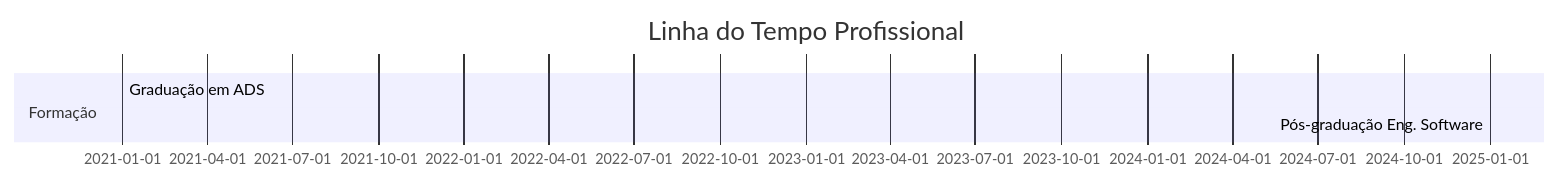
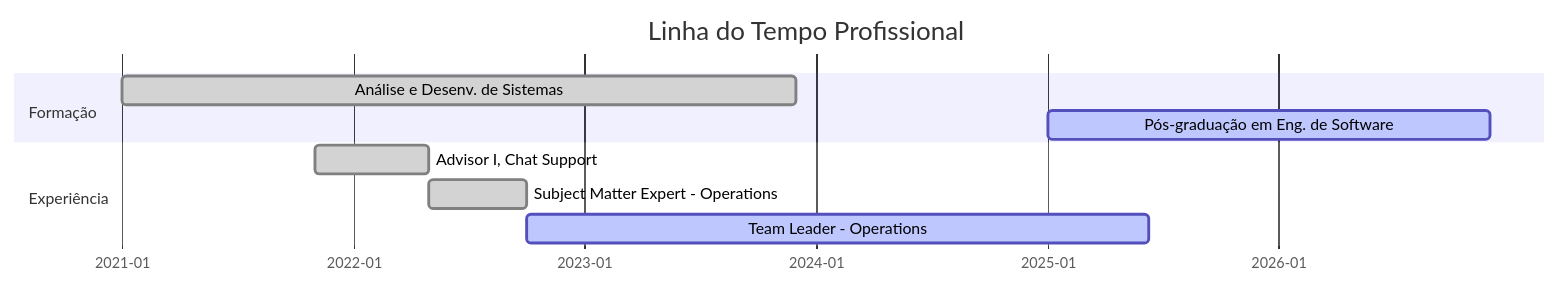
Before and after one commit to boltreskh/boltreskh: the diagram in README.md, drawn with Mermaid. The commit also changed other lines of this file, not shown here.

Commit message:
Updates the "About Me" section to better describe skills and experiences; redesigns the "Education" section with links to certificates; improves the presentation of technologies in a table; adjusted insights charts on GitHub.

````diff
--- a/README.md
+++ b/README.md
@@ -66,7 +56,15 @@
 ```mermaid
 gantt
-title Linha do Tempo Profissional
-section Formação
-Graduação em ADS     :done, 2021-01-01, 2023-12-01
-Pós-graduação Eng. Software :active, 2025-01-01, 2026-12-01
+    title Linha do Tempo Profissional
+    dateFormat  YYYY-MM-DD
+    axisFormat  %Y-%m
+
+    section Formação
+    Análise e Desenv. de Sistemas :done, 2021-01-01, 2023-12-01
+    Pós-graduação em Eng. de Software :active, 2025-01-01, 2026-12-01
+
+    section Experiência
+    Advisor I, Chat Support :done, 2021-11-01, 2022-05-01
+    Subject Matter Expert - Operations :done, 2022-05-01, 2022-10-01
+    Team Leader - Operations :active, 2022-10-01, 2025-06-11
 ```
````
